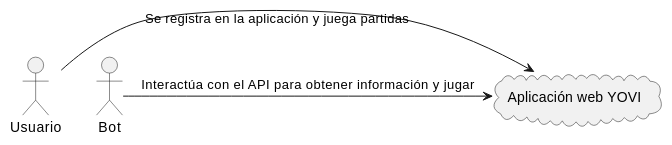
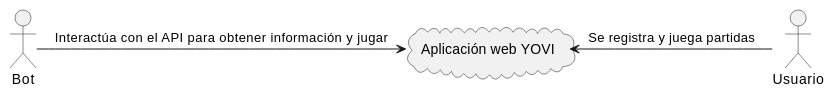
Before and after one commit to Arquisoft/yovi_es5b: the first of 4 diagrams in docs/src/05_building_block_view.adoc, drawn with PlantUML.

Commit message:
docs: 05: arreglar flecha cortada (#69)
Arreglar flecha cortada en el primer diagrama del punto 5.

```diff
--- a/docs/src/05_building_block_view.adoc
+++ b/docs/src/05_building_block_view.adoc
@@ -63,13 +63,15 @@
 [plantuml,"vista-bloques-1",png]
 ----
 @startuml
 actor Usuario
-actor Bot
+together {
+    cloud "Aplicación web YOVI" as yovi
+    actor Bot
+}
 
-cloud "Aplicación web YOVI" as yovi
-Usuario -> yovi : "Se registra en la aplicación y juega partidas"
 Bot -> yovi : "Interactúa con el API para obtener información y jugar"
+Usuario -> yovi : "Se registra y juega partidas"
 
 
 @enduml
 ----
```
